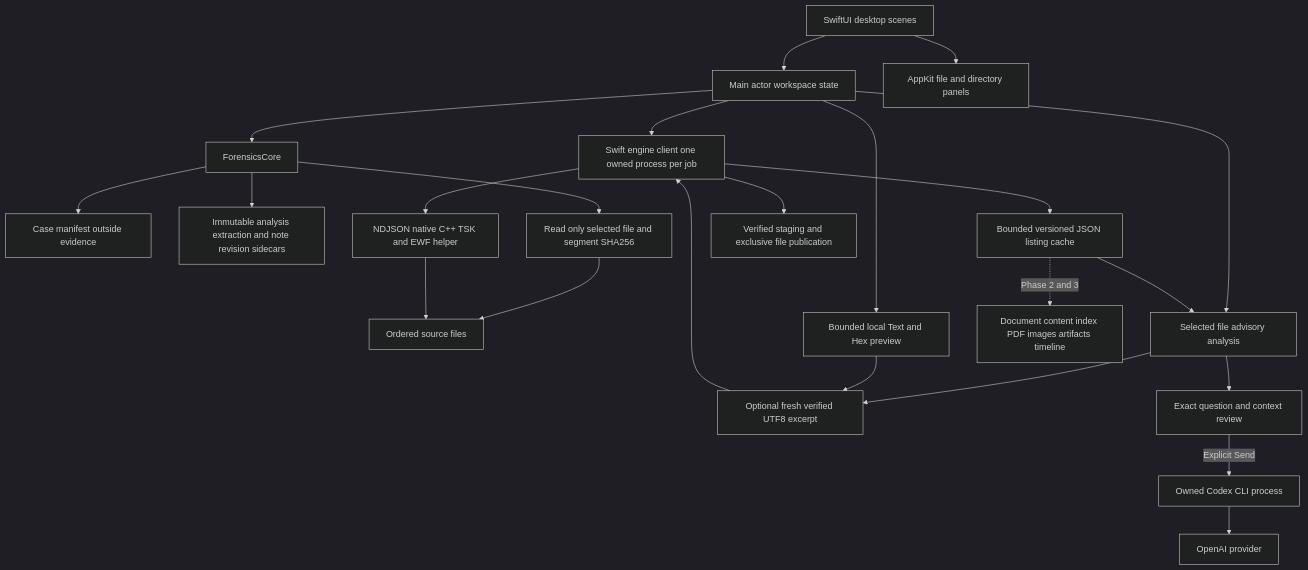
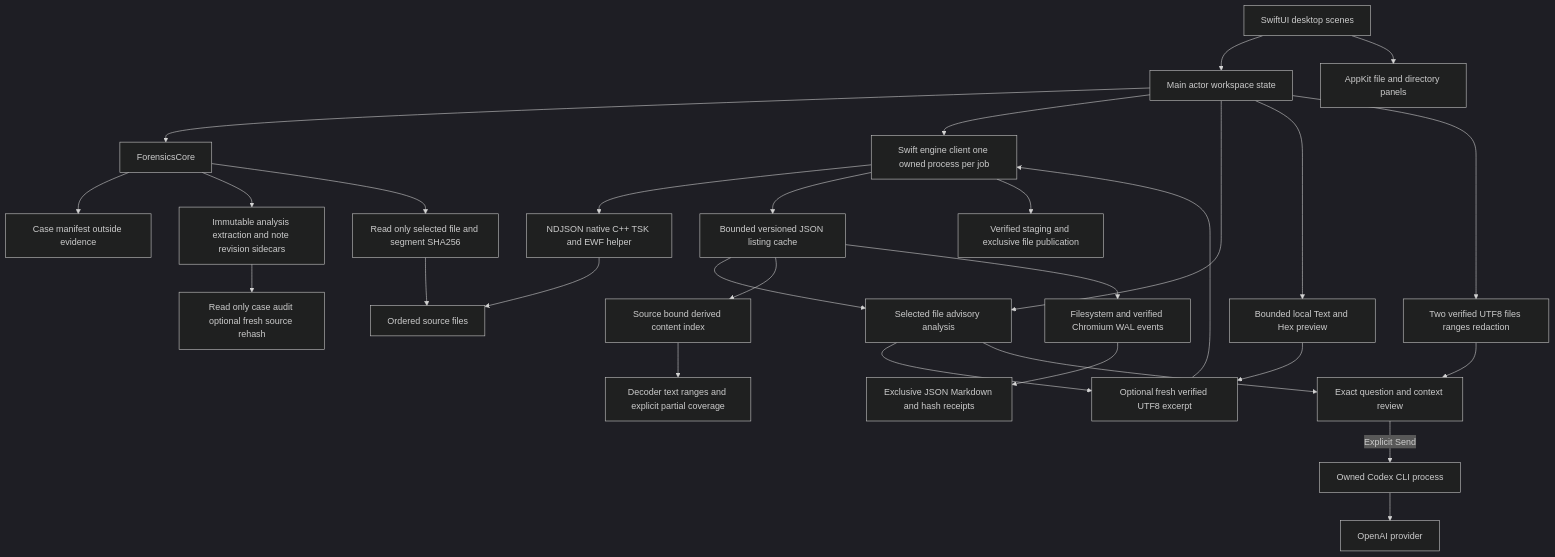
One commit to Pornmongkolnano/native-forensics changed the diagram in docs/ARCHITECTURE.md. Above: the diagram before and after it, drawn with Mermaid (dark theme). The commit also changed other lines of this file and 8 other files, not shown here.

Commit message:
docs: record native 0.6 delivery evidence and remaining roadmap gates

````diff
--- a/docs/ARCHITECTURE.md
+++ b/docs/ARCHITECTURE.md
@@ -7,25 +7,31 @@
 ```mermaid
 flowchart TD
     UI[SwiftUI desktop scenes] --> Store[Main actor workspace state]
     UI --> Panels[AppKit file and directory panels]
     Store --> Core[ForensicsCore]
     Core --> Manifest[Case manifest outside evidence]
     Core --> Work[Immutable analysis extraction and note revision sidecars]
     Core --> Hash[Read only selected file and segment SHA256]
     Hash --> Evidence[Ordered source files]
     Store --> Client[Swift engine client one owned process per job]
     Client --> Helper[NDJSON native C++ TSK and EWF helper]
     Helper --> Evidence
     Client --> Results[Bounded versioned JSON listing cache]
     Client --> Export[Verified staging and exclusive file publication]
     Store --> Assistant[Selected file advisory analysis]
     Results --> Assistant
     Assistant --> Content[Optional fresh verified UTF8 excerpt]
     Content --> Client
     Store --> Preview[Bounded local Text and Hex preview]
     Preview --> Content
     Assistant --> Review[Exact question and context review]
     Review -->|Explicit Send| Codex[Owned Codex CLI process]
     Codex --> Provider[OpenAI provider]
-    Results -. Phase 2 and 3 .-> Index[Document content index PDF images artifacts timeline]
+    Results --> Index[Source bound derived content index]
+    Index --> References[Decoder text ranges and explicit partial coverage]
+    Results --> Timeline[Filesystem and verified Chromium WAL events]
+    Timeline --> Reports[Exclusive JSON Markdown and hash receipts]
+    Store --> Comparison[Two verified UTF8 files ranges redaction]
+    Comparison --> Review
+    Work --> Audit[Read only case audit optional fresh source rehash]
 ```
````
